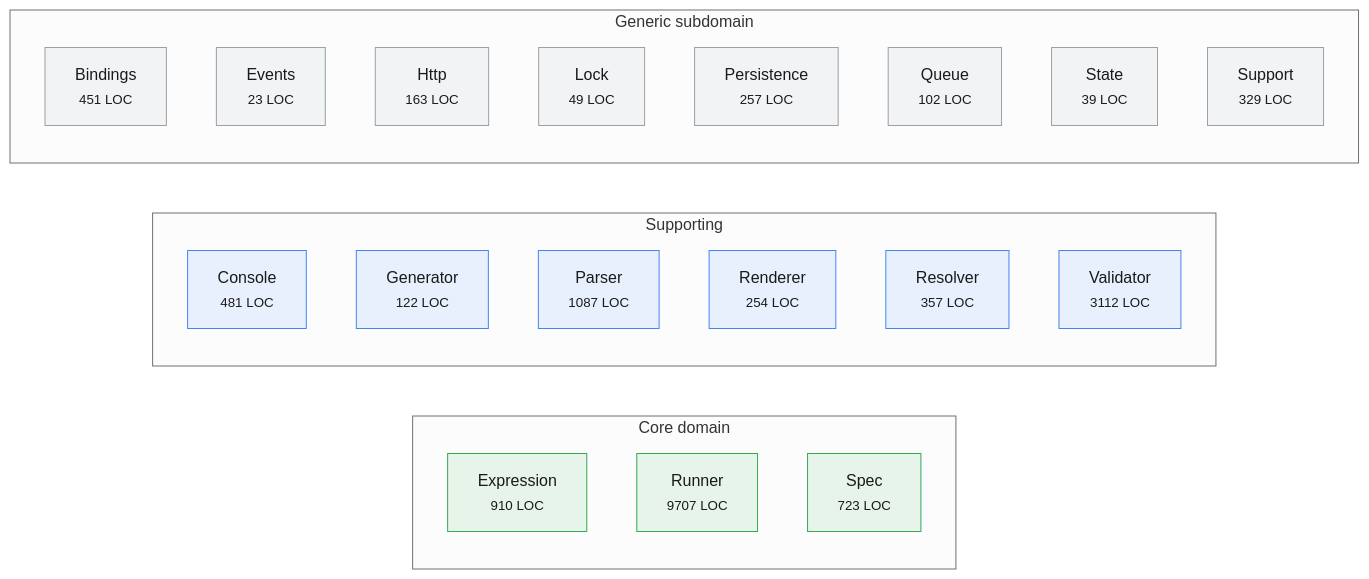
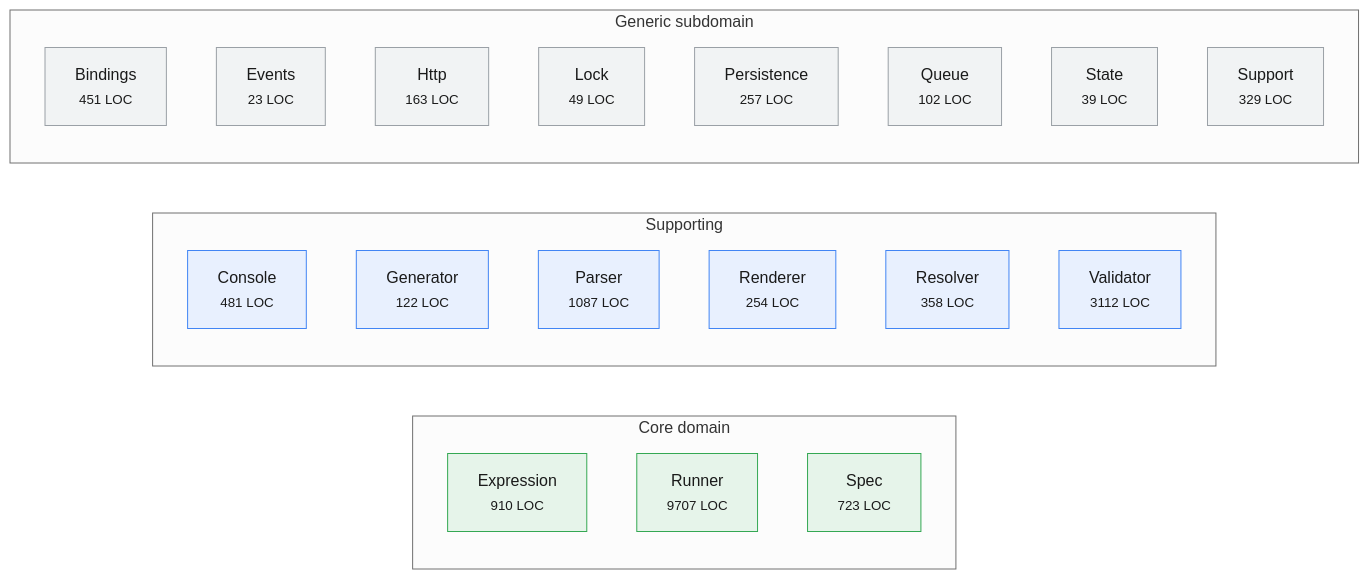
The diagram in docs/generated/subdomain-map.md (Mohammed-Alama/php-arazzo), drawn with Mermaid (neutral theme) before and after one commit. The commit also changed other lines of this file and 7 other files, not shown here.

````diff
--- a/docs/generated/subdomain-map.md
+++ b/docs/generated/subdomain-map.md
@@ -15,30 +15,30 @@
 ```mermaid
 flowchart LR
     subgraph S_core["Core domain"]
         S_Expression["Expression<br/><small>910 LOC</small>"]:::coreDomain
         S_Runner["Runner<br/><small>9707 LOC</small>"]:::coreDomain
         S_Spec["Spec<br/><small>723 LOC</small>"]:::coreDomain
     end
     subgraph S_supporting["Supporting"]
         S_Console["Console<br/><small>481 LOC</small>"]:::supportingDomain
         S_Generator["Generator<br/><small>122 LOC</small>"]:::supportingDomain
         S_Parser["Parser<br/><small>1087 LOC</small>"]:::supportingDomain
         S_Renderer["Renderer<br/><small>254 LOC</small>"]:::supportingDomain
-        S_Resolver["Resolver<br/><small>357 LOC</small>"]:::supportingDomain
+        S_Resolver["Resolver<br/><small>358 LOC</small>"]:::supportingDomain
         S_Validator["Validator<br/><small>3112 LOC</small>"]:::supportingDomain
     end
     subgraph S_generic["Generic subdomain"]
         S_Bindings["Bindings<br/><small>451 LOC</small>"]:::genericDomain
         S_Events["Events<br/><small>23 LOC</small>"]:::genericDomain
         S_Http["Http<br/><small>163 LOC</small>"]:::genericDomain
         S_Lock["Lock<br/><small>49 LOC</small>"]:::genericDomain
         S_Persistence["Persistence<br/><small>257 LOC</small>"]:::genericDomain
         S_Queue["Queue<br/><small>102 LOC</small>"]:::genericDomain
         S_State["State<br/><small>39 LOC</small>"]:::genericDomain
         S_Support["Support<br/><small>329 LOC</small>"]:::genericDomain
     end
     classDef coreDomain fill:#e6f4ea,stroke:#34a853,color:#1a1a1a;
     classDef supportingDomain fill:#e8f0fe,stroke:#4285f4,color:#1a1a1a;
     classDef genericDomain fill:#f1f3f4,stroke:#9aa0a6,color:#1a1a1a;
     classDef unknownDomain fill:#fce8e6,stroke:#ea4335,color:#1a1a1a;
 ```
````
